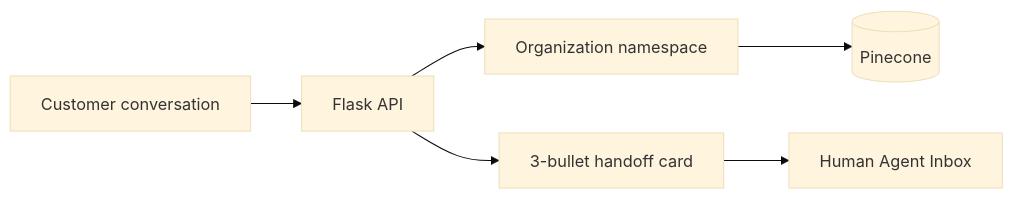
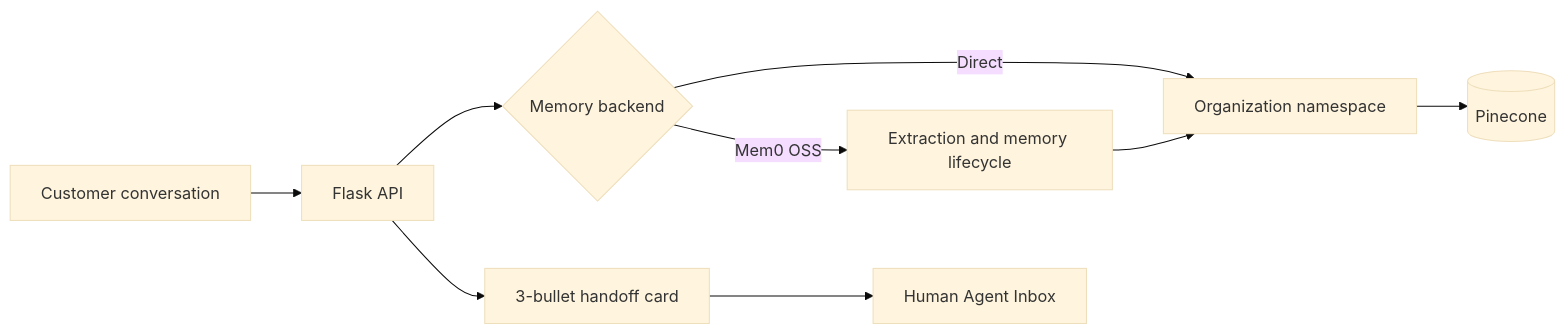
One commit to Saadia-Asghar/quicktalk-pinecone-memory changed the diagram in README.md. Above: the diagram before and after it, drawn with Mermaid (base theme). The commit also changed other lines of this file and 7 other files, not shown here.

````diff
--- a/README.md
+++ b/README.md
@@ -70,8 +87,11 @@
 ```mermaid
 flowchart LR
   C[Customer conversation] --> F[Flask API]
-  F --> N[Organization namespace]
+  F --> M{Memory backend}
+  M -->|Direct| N[Organization namespace]
+  M -->|Mem0 OSS| X[Extraction and memory lifecycle]
+  X --> N
   N --> P[(Pinecone)]
   F --> H[3-bullet handoff card]
   H --> I[Human Agent Inbox]
 ```
````
